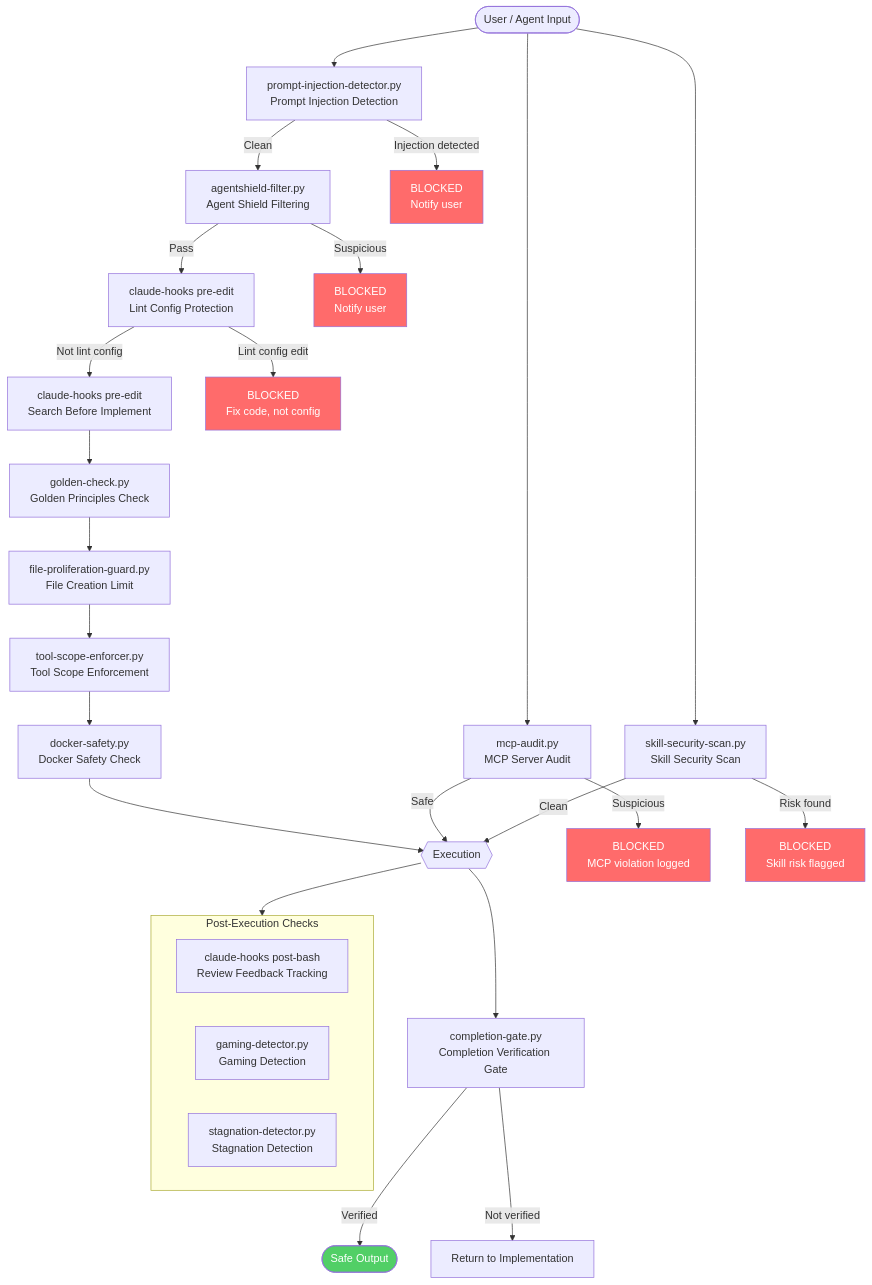
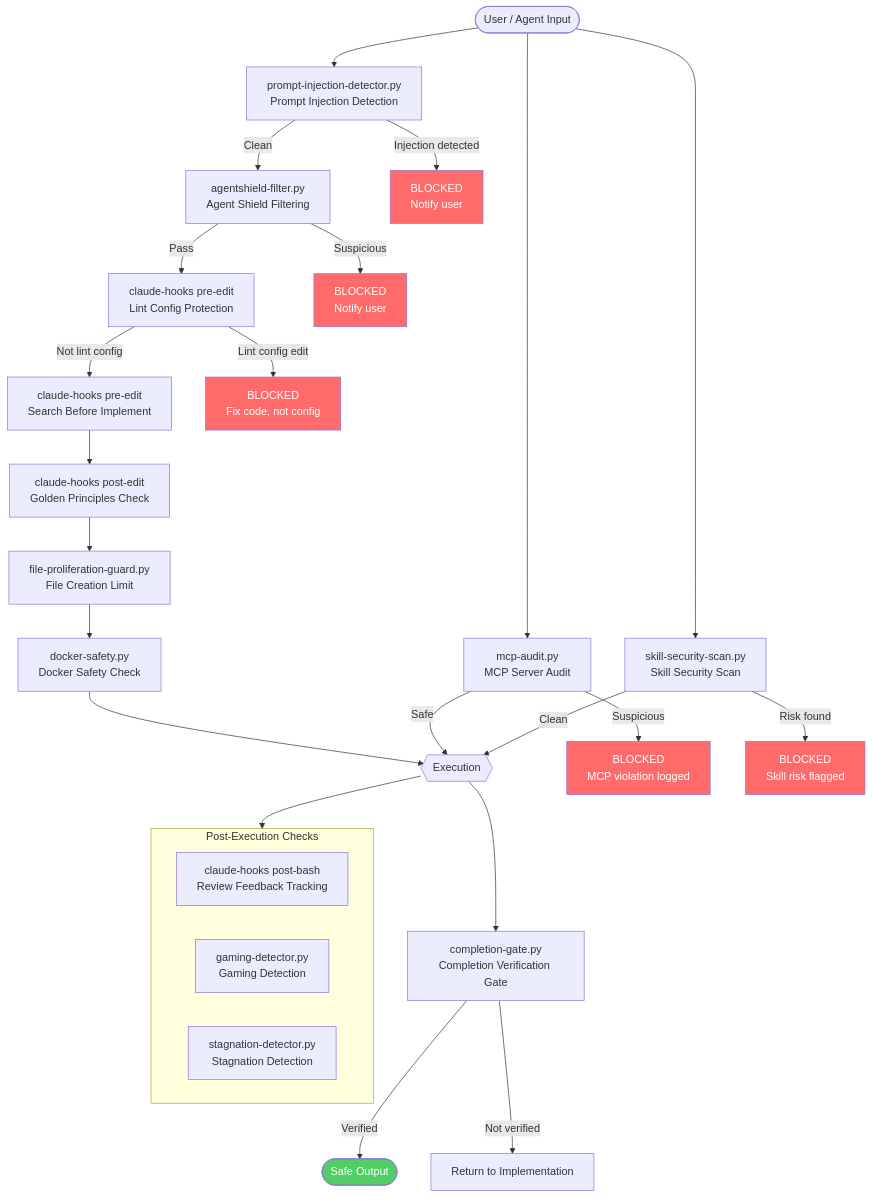
Before and after one commit to takeuchi-shogo/dotfiles: the diagram in .config/claude/references/diagrams/security-layers.md, drawn with Mermaid. The commit also changed 8 other files, not shown here.

````diff
--- a/.config/claude/references/diagrams/security-layers.md
+++ b/.config/claude/references/diagrams/security-layers.md
@@ -12,53 +12,51 @@
 ```mermaid
 flowchart TD
     INPUT(["User / Agent Input"])
 
     INPUT --> PID["prompt-injection-detector.py<br/>Prompt Injection Detection"]
 
     PID -->|"Clean"| ASF["agentshield-filter.py<br/>Agent Shield Filtering"]
     PID -->|"Injection detected"| BLOCK1["BLOCKED<br/>Notify user"]
 
     ASF -->|"Pass"| PLC["claude-hooks pre-edit<br/>Lint Config Protection"]
     ASF -->|"Suspicious"| BLOCK2["BLOCKED<br/>Notify user"]
 
     PLC -->|"Not lint config"| SFG["claude-hooks pre-edit<br/>Search Before Implement"]
     PLC -->|"Lint config edit"| BLOCK3["BLOCKED<br/>Fix code, not config"]
 
-    SFG --> GC["golden-check.py<br/>Golden Principles Check"]
+    SFG --> GC["claude-hooks post-edit<br/>Golden Principles Check"]
 
     GC --> FPG["file-proliferation-guard.py<br/>File Creation Limit"]
 
-    FPG --> TSE["tool-scope-enforcer.py<br/>Tool Scope Enforcement"]
-
-    TSE --> DS["docker-safety.py<br/>Docker Safety Check"]
+    FPG --> DS["docker-safety.py<br/>Docker Safety Check"]
 
     DS --> EXEC{{"Execution"}}
 
     EXEC --> CG["completion-gate.py<br/>Completion Verification Gate"]
 
     CG -->|"Verified"| DONE(["Safe Output"])
     CG -->|"Not verified"| BACK["Return to Implementation"]
 
     INPUT --> MCP["mcp-audit.py<br/>MCP Server Audit"]
     MCP -->|"Safe"| EXEC
     MCP -->|"Suspicious"| BLOCK4["BLOCKED<br/>MCP violation logged"]
 
     INPUT --> SSS["skill-security-scan.py<br/>Skill Security Scan"]
     SSS -->|"Clean"| EXEC
     SSS -->|"Risk found"| BLOCK5["BLOCKED<br/>Skill risk flagged"]
 
     subgraph post_exec ["Post-Execution Checks"]
         RFT["claude-hooks post-bash<br/>Review Feedback Tracking"]
         GD["gaming-detector.py<br/>Gaming Detection"]
         SD["stagnation-detector.py<br/>Stagnation Detection"]
     end
 
     EXEC --> post_exec
 
     style BLOCK1 fill:#ff6b6b,color:#fff
     style BLOCK2 fill:#ff6b6b,color:#fff
     style BLOCK3 fill:#ff6b6b,color:#fff
     style BLOCK4 fill:#ff6b6b,color:#fff
     style BLOCK5 fill:#ff6b6b,color:#fff
     style DONE fill:#51cf66,color:#fff
 ```
````
